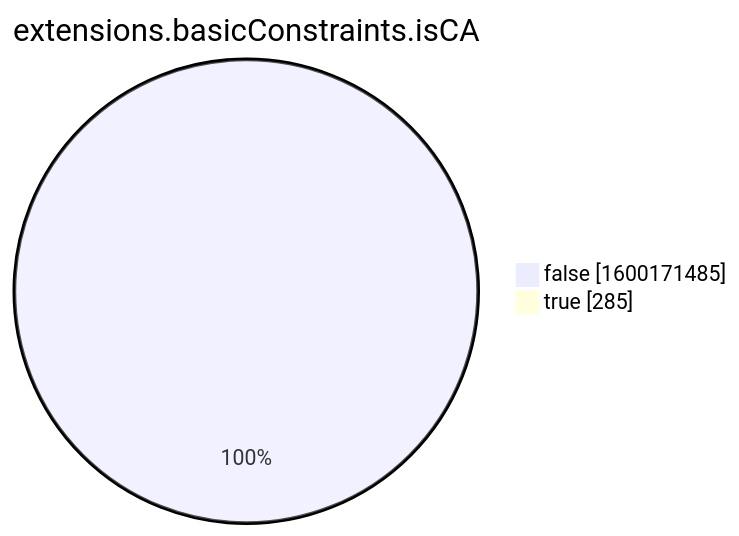
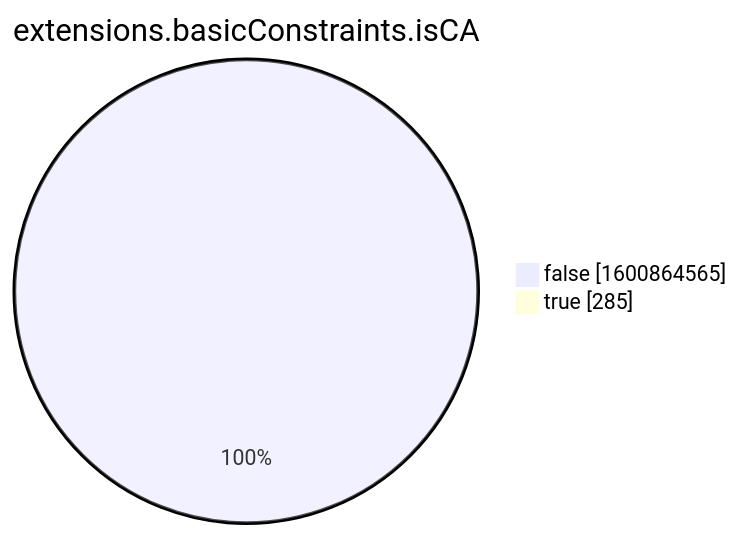
Before and after one commit to christiankrug/ctmonitor_visualization: the eighth of 15 diagrams in xenon2022/README.md, drawn with Mermaid. The commit also changed other lines of this file, not shown here.

````diff
--- a/xenon2022/README.md
+++ b/xenon2022/README.md
@@ -2862,6 +2862,6 @@
 ```mermaid
 pie showData
 title extensions.basicConstraints.isCA
-"false" :1600171485
+"false" :1600864565
 "true" :285
 ```
````
